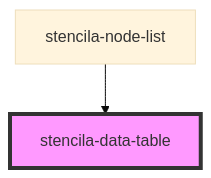
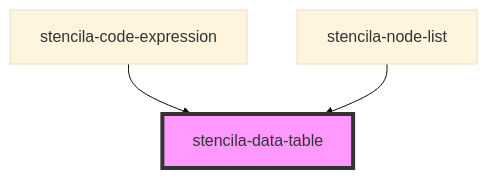
Before and after one commit to stencila/designa: the diagram in packages/components/src/components/dataTable/readme.md, drawn with Mermaid (base theme). The commit also changed other lines of this file and 6 other files, not shown here.

Commit message:
feat(CodeExpression): Update CodeExpression outputs when executing code

````diff
--- a/packages/components/src/components/dataTable/readme.md
+++ b/packages/components/src/components/dataTable/readme.md
@@ -20,5 +21,6 @@
 ```mermaid
 graph TD;
+  stencila-code-expression --> stencila-data-table
   stencila-node-list --> stencila-data-table
   style stencila-data-table fill:#f9f,stroke:#333,stroke-width:4px
 ```
````
